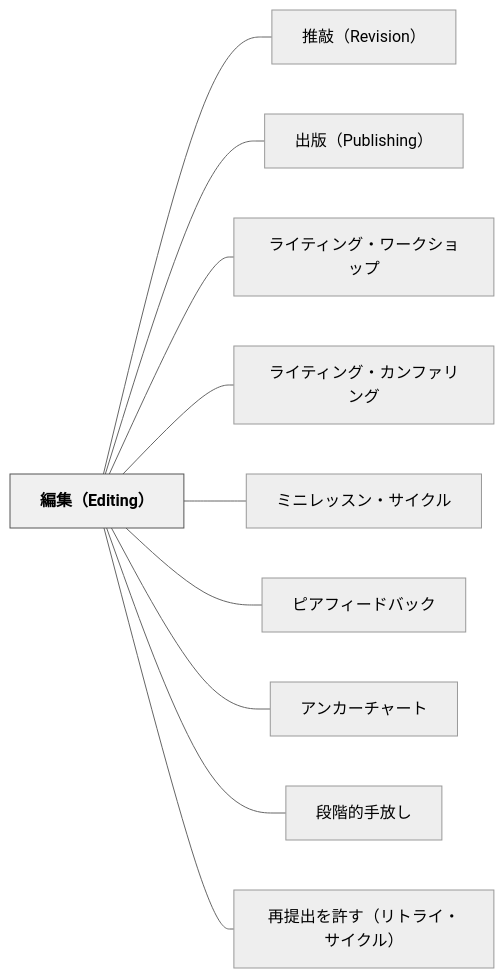
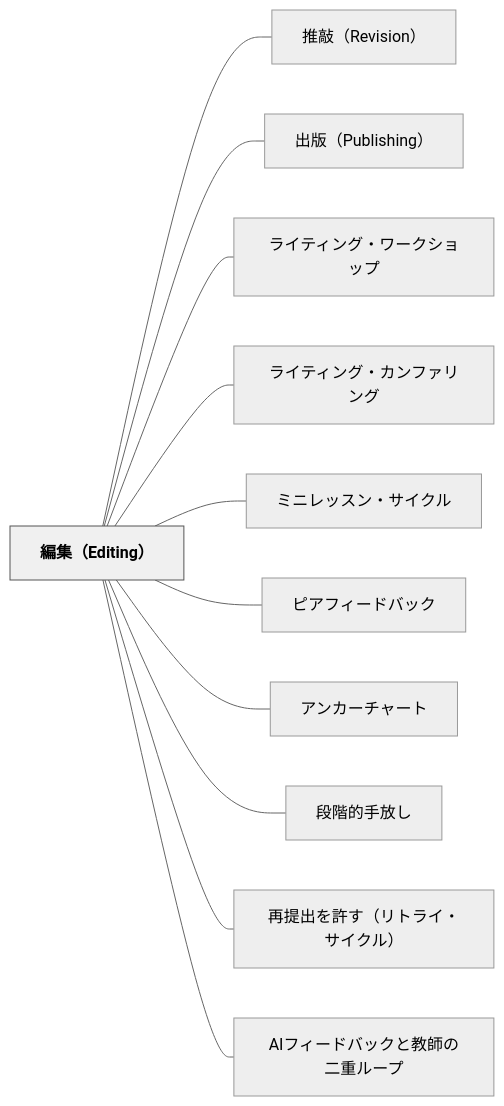
The diagram in content/パタン/編集（Editing）.md (unknownthings-ed-patterns/unknownthings-ed-patterns), drawn with Mermaid (neutral theme) before and after one commit. The commit also changed other lines of this file and 20 other files, not shown here.

````diff
--- a/content/パタン/編集（Editing）.md
+++ b/content/パタン/編集（Editing）.md
@@ -139,26 +140,28 @@
 ```mermaid
 flowchart LR
     ne7b7a8e99b86efbc8845646974696e67efbc89["編集（Editing）"]
     ne68ea8e695b2efbc885265766973696f6eefbc89["推敲（Revision）"]
     ne587bae78988efbc885075626c697368696e67efbc89["出版（Publishing）"]
     ne383a9e382a4e38386e382a3e383b3e382b0e383bbe383afe383bce382afe382b7e383a7e38383e38397["ライティング・ワークショップ"]
     ne383a9e382a4e38386e382a3e383b3e382b0e383bbe382abe383b3e38395e382a1e383aae383b3e382b0["ライティング・カンファリング"]
     ne3839fe3838be383ace38383e382b9e383b3e383bbe382b5e382a4e382afe383ab["ミニレッスン・サイクル"]
     ne38394e382a2e38395e382a3e383bce38389e38390e38383e382af["ピアフィードバック"]
     ne382a2e383b3e382abe383bce38381e383a3e383bce38388["アンカーチャート"]
     ne6aeb5e99a8ee79a84e6898be694bee38197["段階的手放し"]
     ne5868de68f90e587bae38292e8a8b1e38199efbc88e383aae38388e383a9e382a4e383bbe382b5e382a4e382afe383abefbc89["再提出を許す（リトライ・サイクル）"]
+    n4149e38395e382a3e383bce38389e38390e38383e382afe381a8e69599e5b8abe381aee4ba8ce9878de383abe383bce38397["AIフィードバックと教師の二重ループ"]
 
     ne7b7a8e99b86efbc8845646974696e67efbc89 --- ne68ea8e695b2efbc885265766973696f6eefbc89
     ne7b7a8e99b86efbc8845646974696e67efbc89 --- ne587bae78988efbc885075626c697368696e67efbc89
     ne7b7a8e99b86efbc8845646974696e67efbc89 --- ne383a9e382a4e38386e382a3e383b3e382b0e383bbe383afe383bce382afe382b7e383a7e38383e38397
     ne7b7a8e99b86efbc8845646974696e67efbc89 --- ne383a9e382a4e38386e382a3e383b3e382b0e383bbe382abe383b3e38395e382a1e383aae383b3e382b0
     ne7b7a8e99b86efbc8845646974696e67efbc89 --- ne3839fe3838be383ace38383e382b9e383b3e383bbe382b5e382a4e382afe383ab
     ne7b7a8e99b86efbc8845646974696e67efbc89 --- ne38394e382a2e38395e382a3e383bce38389e38390e38383e382af
     ne7b7a8e99b86efbc8845646974696e67efbc89 --- ne382a2e383b3e382abe383bce38381e383a3e383bce38388
     ne7b7a8e99b86efbc8845646974696e67efbc89 --- ne6aeb5e99a8ee79a84e6898be694bee38197
     ne7b7a8e99b86efbc8845646974696e67efbc89 --- ne5868de68f90e587bae38292e8a8b1e38199efbc88e383aae38388e383a9e382a4e383bbe382b5e382a4e382afe383abefbc89
+    ne7b7a8e99b86efbc8845646974696e67efbc89 --- n4149e38395e382a3e383bce38389e38390e38383e382afe381a8e69599e5b8abe381aee4ba8ce9878de383abe383bce38397
 
     classDef hub fill:#f0f0f0,stroke:#555,color:#000,font-weight:bold
     class ne7b7a8e99b86efbc8845646974696e67efbc89 hub
 ```
````
